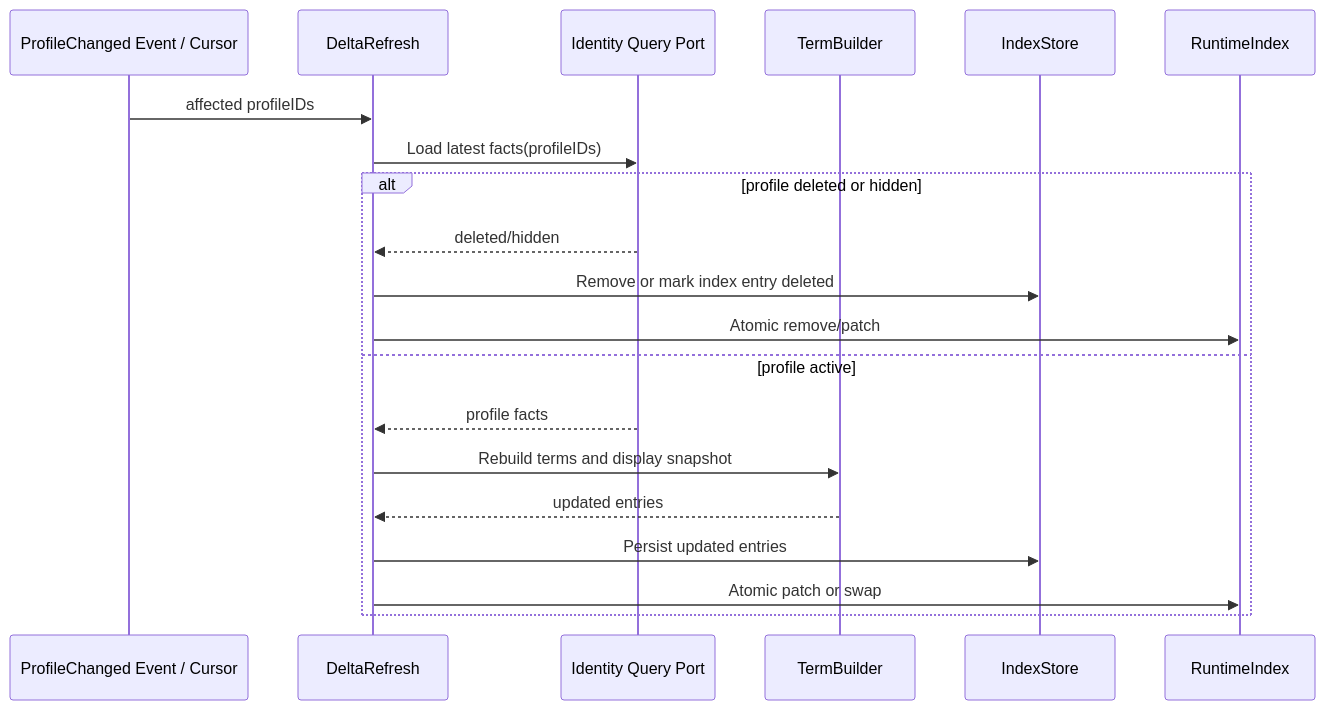
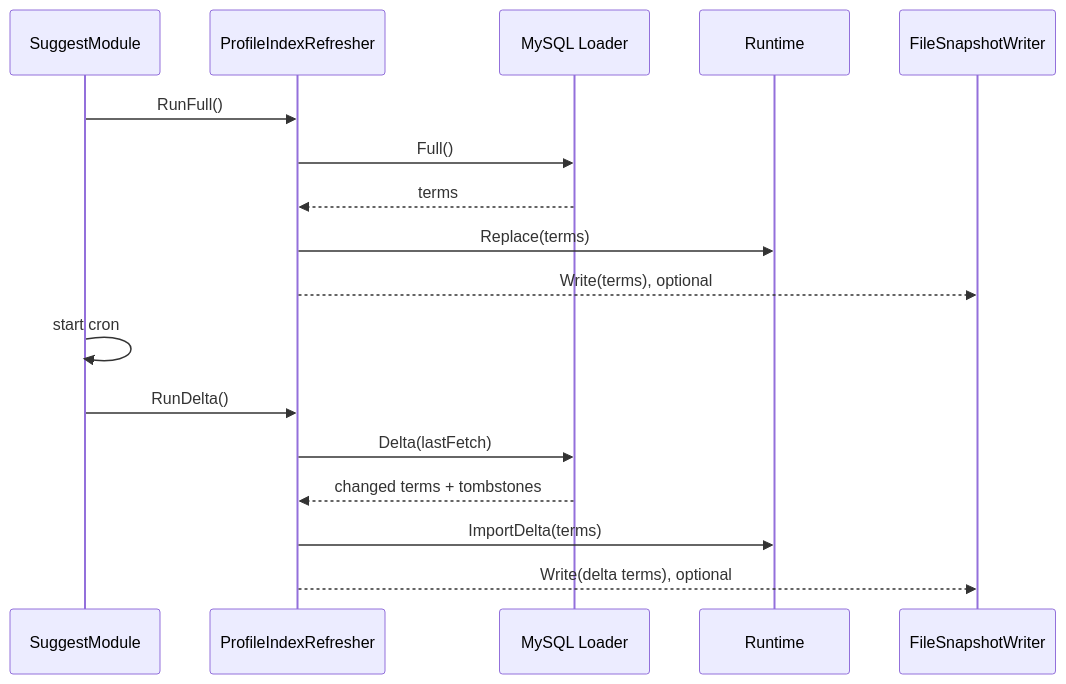
Before and after one commit to FangcunMount/iam: the diagram in docs/02-业务模块/05-Suggest/02-关键链路-索引刷新Full-Delta-Snapshot.md, drawn with Mermaid. The commit also changed other lines of this file and 15 other files, not shown here.

Commit message:
doc 更新 Suggest 模块文档，调整部分内容以增强可读性和一致性；修改了 apiserver.prod.yaml 中的注释，明确 Delta 支持的功能；重命名 Suggest 领域模型文档，删除冗余文件，补充模型与应用端口的描述，增强文档结构和逻辑性。

````diff
--- a/docs/02-业务模块/05-Suggest/02-关键链路-索引刷新Full-Delta-Snapshot.md
+++ b/docs/02-业务模块/05-Suggest/02-关键链路-索引刷新Full-Delta-Snapshot.md
@@ -291,23 +18,21 @@
 ```mermaid
 sequenceDiagram
-    participant Event as ProfileChanged Event / Cursor
-    participant Delta as DeltaRefresh
-    participant Identity as Identity Query Port
-    participant Builder as TermBuilder
-    participant Store as IndexStore
-    participant Runtime as RuntimeIndex
+    participant M as SuggestModule
+    participant R as ProfileIndexRefresher
+    participant L as MySQL Loader
+    participant RT as Runtime
+    participant F as FileSnapshotWriter
 
-    Event->>Delta: affected profileIDs
-    Delta->>Identity: Load latest facts(profileIDs)
-    alt profile deleted or hidden
-        Identity-->>Delta: deleted/hidden
-        Delta->>Store: Remove or mark index entry deleted
-        Delta->>Runtime: Atomic remove/patch
-    else profile active
-        Identity-->>Delta: profile facts
-        Delta->>Builder: Rebuild terms and display snapshot
-        Builder-->>Delta: updated entries
-        Delta->>Store: Persist updated entries
-        Delta->>Runtime: Atomic patch or swap
-    end
+    M->>R: RunFull()
+    R->>L: Full()
+    L-->>R: terms
+    R->>RT: Replace(terms)
+    R-->>F: Write(terms), optional
+    M->>M: start cron
+
+    M->>R: RunDelta()
+    R->>L: Delta(lastFetch)
+    L-->>R: changed terms + tombstones
+    R->>RT: ImportDelta(terms)
+    R-->>F: Write(delta terms), optional
 ```
````
